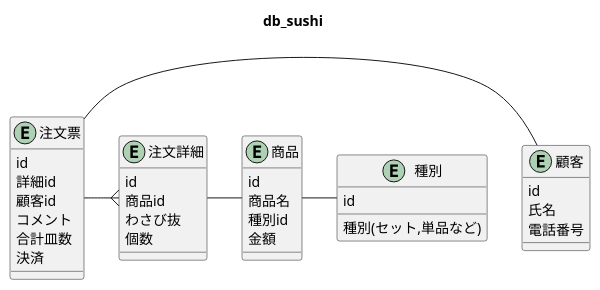
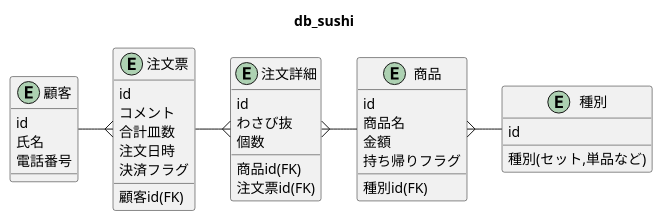
Before and after one commit to yrkFukushima/praha-challenge: the diagram in db/sushi.pu, drawn with PlantUML. The commit also changed 1 other file, not shown here.

```diff
--- a/db/sushi.pu
+++ b/db/sushi.pu
@@ -1,42 +1,44 @@
 @startuml
 title db_sushi
 entity "商品" {
   id
   商品名
-  種別id
+  種別id(FK)
   金額
+  持ち帰りフラグ
 }
 
 entity "種別" {
   id
   種別(セット,単品など)
 }
 
 
 entity "注文詳細" {
   id
-  商品id
+  商品id(FK)
+  注文票id(FK)
   わさび抜
   個数
 }
 
 entity "注文票" {
   id
-  詳細id
-  顧客id
+  顧客id(FK)
   コメント
   合計皿数
-  決済
+  注文日時
+  決済フラグ
 }
 
 entity "顧客" {
   id
   氏名
   電話番号
 }
 
-"商品" - "種別"
-"注文票" - "顧客"
+"商品" }- "種別"
+"顧客" -{ "注文票"
 "注文票" -{ "注文詳細"
-"注文詳細" - "商品"
+"注文詳細" }- "商品"
 @enduml
```
